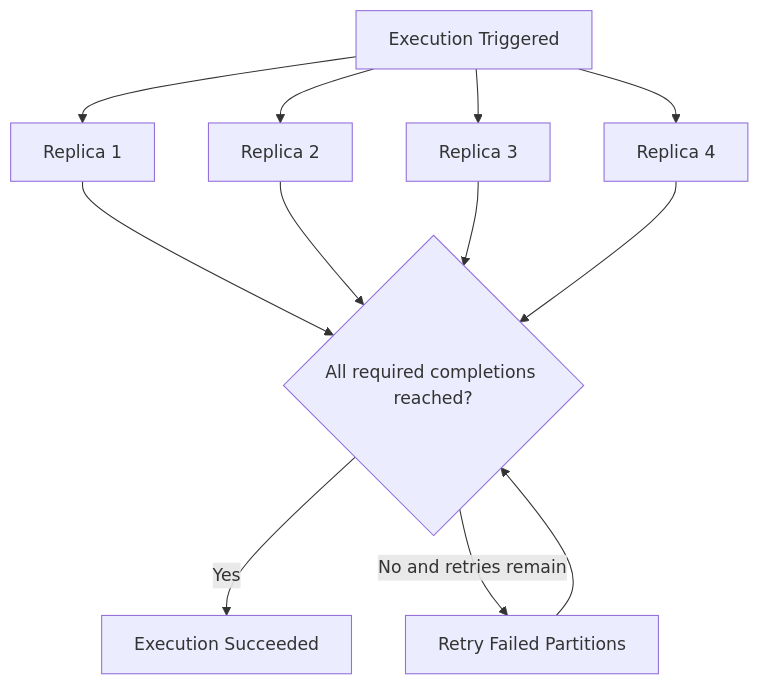
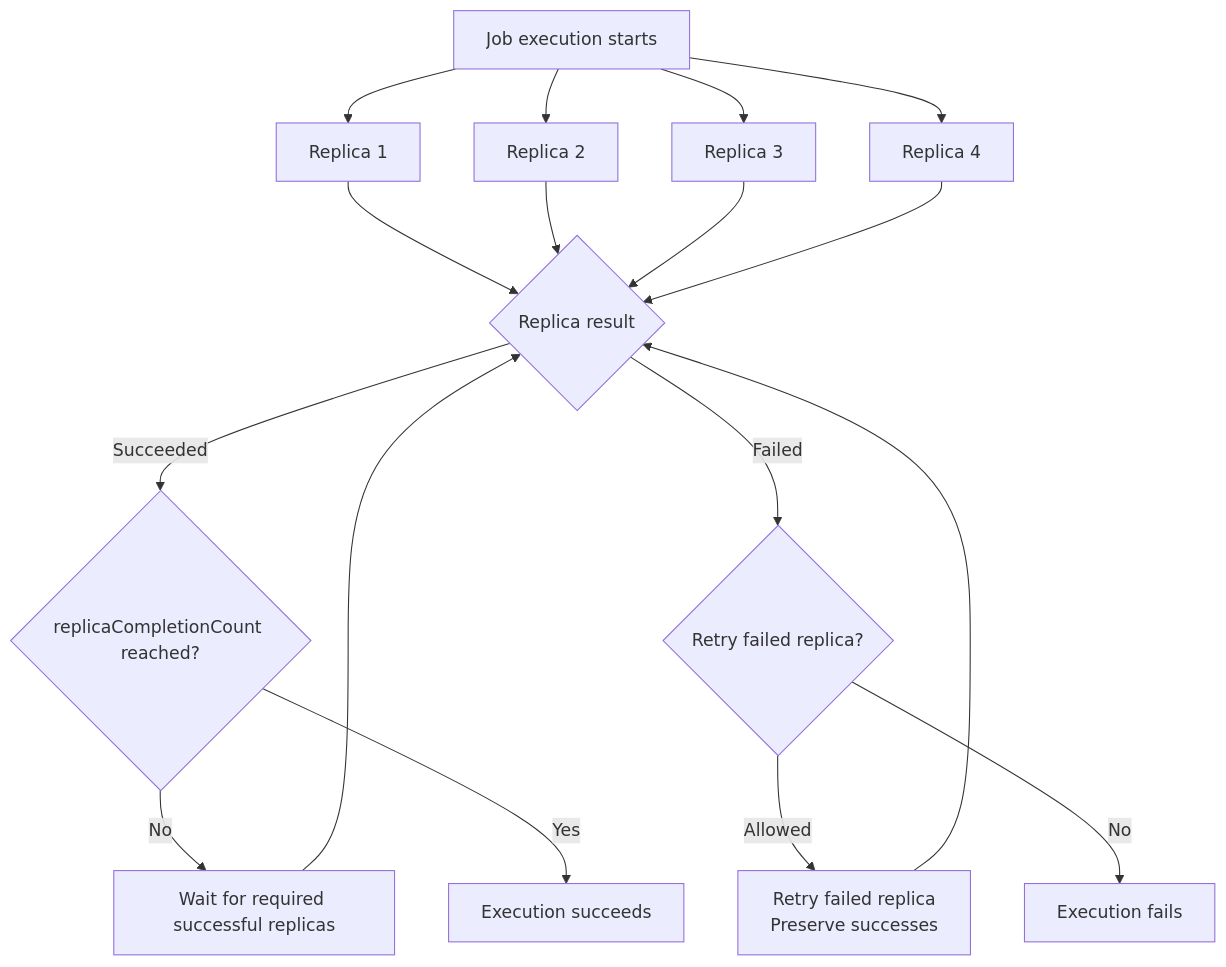
Before and after one commit to yeongseon/azure-container-apps-practical-guide: the first of 2 diagrams in docs/best-practices/jobs.md, drawn with Mermaid. The commit also changed other lines of this file and 11 other files, not shown here.

Commit message:
docs(diagrams): migrate probe and jobs lifecycle diagrams (#613)

````diff
--- a/docs/best-practices/jobs.md
+++ b/docs/best-practices/jobs.md
@@ -265,14 +307,35 @@
 ```mermaid
 flowchart TD
-    A[Execution Triggered] --> B[Replica 1]
-    A --> C[Replica 2]
-    A --> D[Replica 3]
-    A --> E[Replica 4]
-    B --> F{All required completions reached?}
-    C --> F
-    D --> F
-    E --> F
-    F -->|Yes| G[Execution Succeeded]
-    F -->|No and retries remain| H[Retry Failed Partitions]
-    H --> F
+    accTitle: Parallel job completion decision
+    accDescr: Shows four replicas running in parallel, successful replicas contributing to the completion count, and a failed replica being retried only while its retry limit and execution timeout allow.
+
+    EXEC[Job execution starts]
+    R1[Replica 1]
+    R2[Replica 2]
+    R3[Replica 3]
+    R4[Replica 4]
+    RESULT{Replica result}
+    COUNT{replicaCompletionCount reached?}
+    RETRY{Retry failed replica?}
+    RETRY_FAILED[Retry failed replica<br/>Preserve successes]
+    FAILED[Execution fails]
+    WAIT[Wait for required successful replicas]
+    SUCCEEDED[Execution succeeds]
+
+    EXEC --> R1
+    EXEC --> R2
+    EXEC --> R3
+    EXEC --> R4
+    R1 --> RESULT
+    R2 --> RESULT
+    R3 --> RESULT
+    R4 --> RESULT
+    RESULT -->|Succeeded| COUNT
+    RESULT -->|Failed| RETRY
+    RETRY -->|Allowed| RETRY_FAILED
+    RETRY_FAILED --> RESULT
+    RETRY -->|No| FAILED
+    COUNT -->|No| WAIT
+    WAIT --> RESULT
+    COUNT -->|Yes| SUCCEEDED
 ```
````
